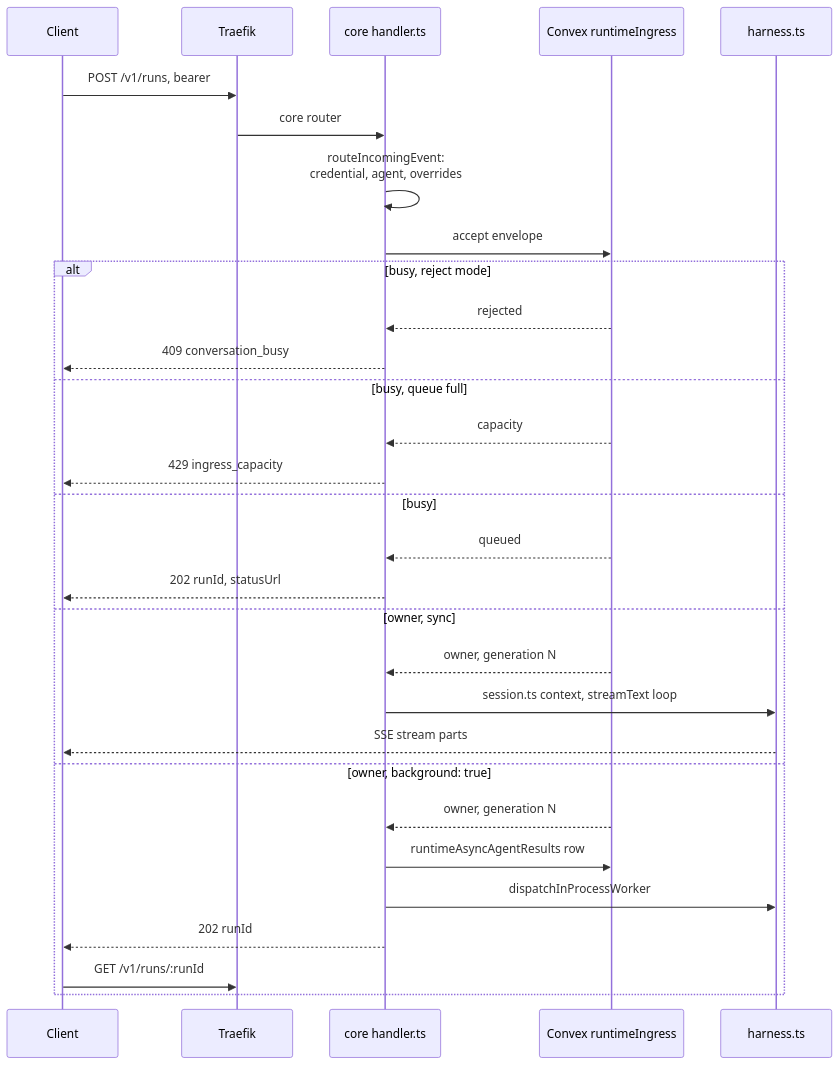
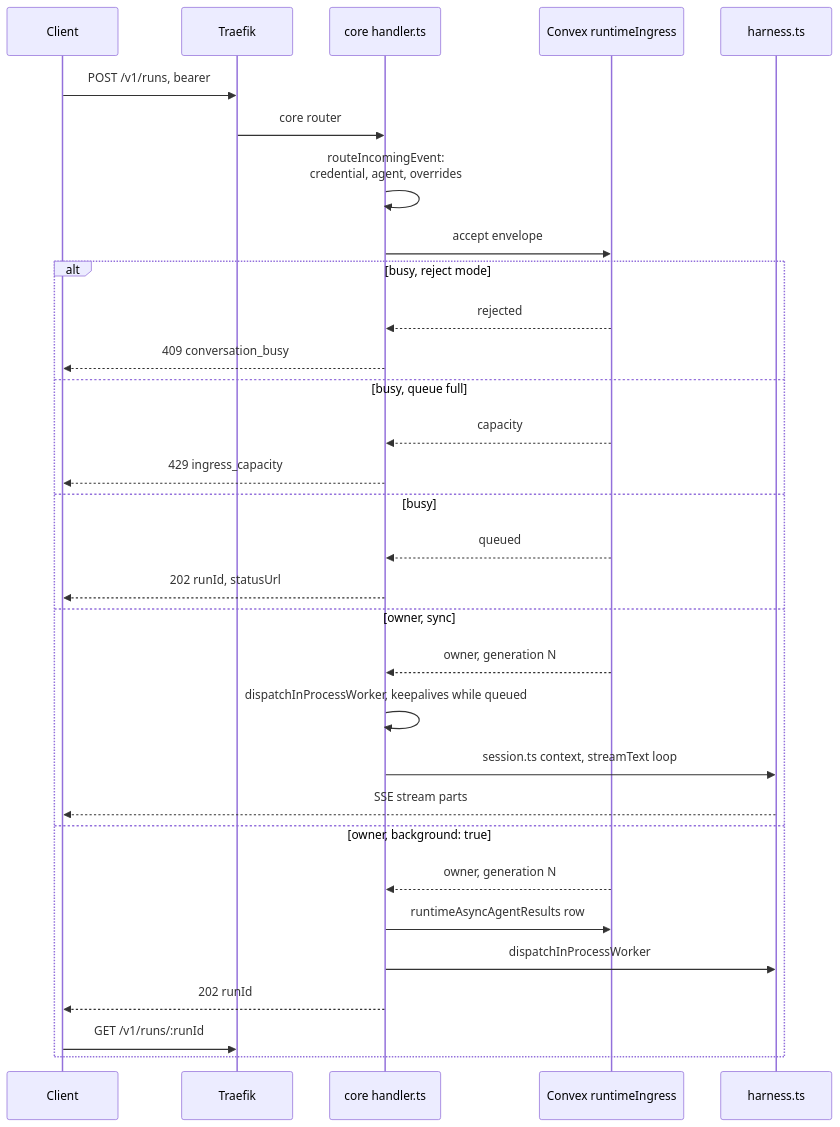
Before and after one commit to beeblastco/broods: the second of 11 diagrams in apps/docs/docs/internals/architecture.md, drawn with Mermaid. The commit also changed other lines of this file and 5 other files, not shown here.

````diff
--- a/apps/docs/docs/internals/architecture.md
+++ b/apps/docs/docs/internals/architecture.md
@@ -34,32 +34,33 @@
 ```mermaid
 sequenceDiagram
   participant C as Client
   participant T as Traefik
   participant H as core handler.ts
   participant X as Convex runtimeIngress
   participant R as harness.ts
   C->>T: POST /v1/runs, bearer
   T->>H: core router
   H->>H: routeIncomingEvent:<br/>credential, agent, overrides
   H->>X: accept envelope
   alt busy, reject mode
     X-->>H: rejected
     H-->>C: 409 conversation_busy
   else busy, queue full
     X-->>H: capacity
     H-->>C: 429 ingress_capacity
   else busy
     X-->>H: queued
     H-->>C: 202 runId, statusUrl
   else owner, sync
     X-->>H: owner, generation N
+    H->>H: dispatchInProcessWorker, keepalives while queued
     H->>R: session.ts context, streamText loop
     R-->>C: SSE stream parts
   else owner, background: true
     X-->>H: owner, generation N
     H->>X: runtimeAsyncAgentResults row
     H->>R: dispatchInProcessWorker
     H-->>C: 202 runId
     C->>T: GET /v1/runs/:runId
   end
 ```
````
